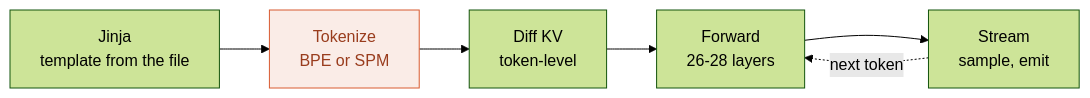
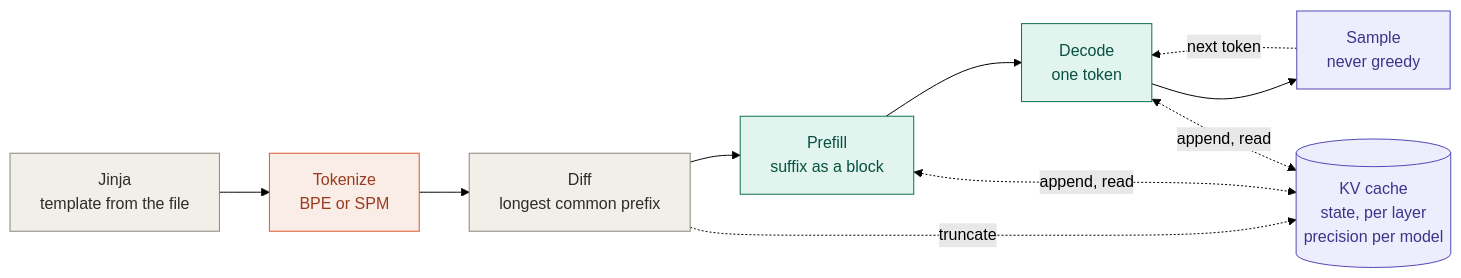
Before and after one commit to plainsight-systems/browser-llm: the second of 3 diagrams in docs/architecture/logical-overview.md, drawn with Mermaid (forest theme). The commit also changed other lines of this file and 2 other files, not shown here.

````diff
--- a/docs/architecture/logical-overview.md
+++ b/docs/architecture/logical-overview.md
@@ -30,10 +37,20 @@
 ```mermaid
 flowchart LR
     jinja["Jinja<br/>template from the file"] --> tok["Tokenize<br/>BPE or SPM"]
-    tok --> diff["Diff KV<br/>token-level"]
-    diff --> fwd["Forward<br/>26-28 layers"]
-    fwd --> emit["Stream<br/>sample, emit"]
-    emit -. next token .-> fwd
+    tok --> diff["Diff<br/>longest common prefix"]
+    diff --> pfl["Prefill<br/>suffix as a block"]
+    pfl --> dec["Decode<br/>one token"]
+    dec --> smp["Sample<br/>never greedy"]
+    smp -. next token .-> dec
+    kv[("KV cache<br/>state, per layer<br/>precision per model")]
+    diff -. truncate .-> kv
+    pfl <-.->|append, read| kv
+    dec <-.->|append, read| kv
+    classDef default fill:#F1EFE8,stroke:#888780,color:#2C2C2A
     classDef fork fill:#FAECE7,stroke:#D85A30,color:#993C1D
+    classDef policy fill:#EEEDFE,stroke:#534AB7,color:#3C3489
+    classDef regime fill:#E1F5EE,stroke:#0F6E56,color:#085041
     class tok fork
+    class smp,kv policy
+    class pfl,dec regime
 ```
````
